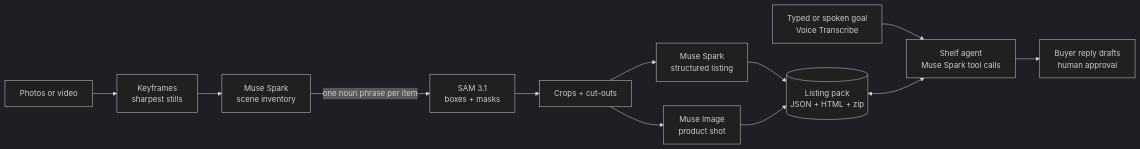
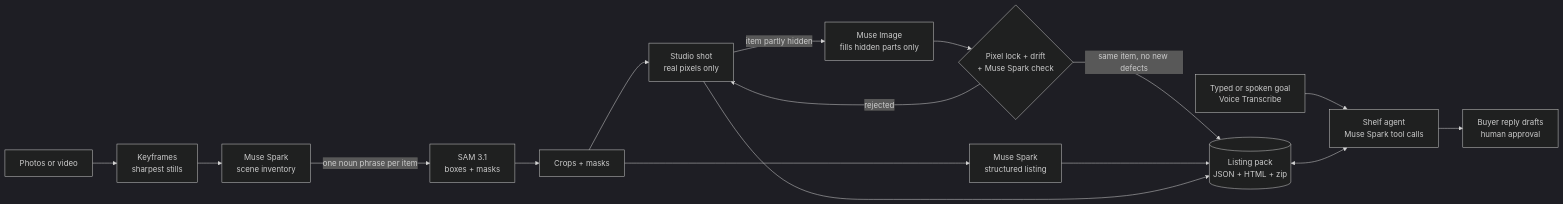
Before and after one commit to IceTea42/off-my-shelf: the diagram in README.md, drawn with Mermaid (dark theme). The commit also changed other lines of this file and 23 other files, not shown here.

````diff
--- a/README.md
+++ b/README.md
@@ -28,14 +28,18 @@
 ```mermaid
 flowchart LR
     A[Photos or video] --> B[Keyframes<br/>sharpest stills]
     B --> C[Muse Spark<br/>scene inventory]
     C -->|one noun phrase per item| D[SAM 3.1<br/>boxes + masks]
-    D --> E[Crops + cut-outs]
+    D --> E[Crops + masks]
     E --> F[Muse Spark<br/>structured listing]
-    E --> G[Muse Image<br/>product shot]
+    E --> G[Studio shot<br/>real pixels only]
+    G -->|item partly hidden| L[Muse Image<br/>fills hidden parts only]
+    L --> M{Pixel lock + drift<br/>+ Muse Spark check}
+    M -->|same item, no new defects| H
+    M -->|rejected| G
     F --> H[(Listing pack<br/>JSON + HTML + zip)]
     G --> H
     I[Typed or spoken goal<br/>Voice Transcribe] --> J[Shelf agent<br/>Muse Spark tool calls]
     H <--> J
     J --> K[Buyer reply drafts<br/>human approval]
 ```
````
